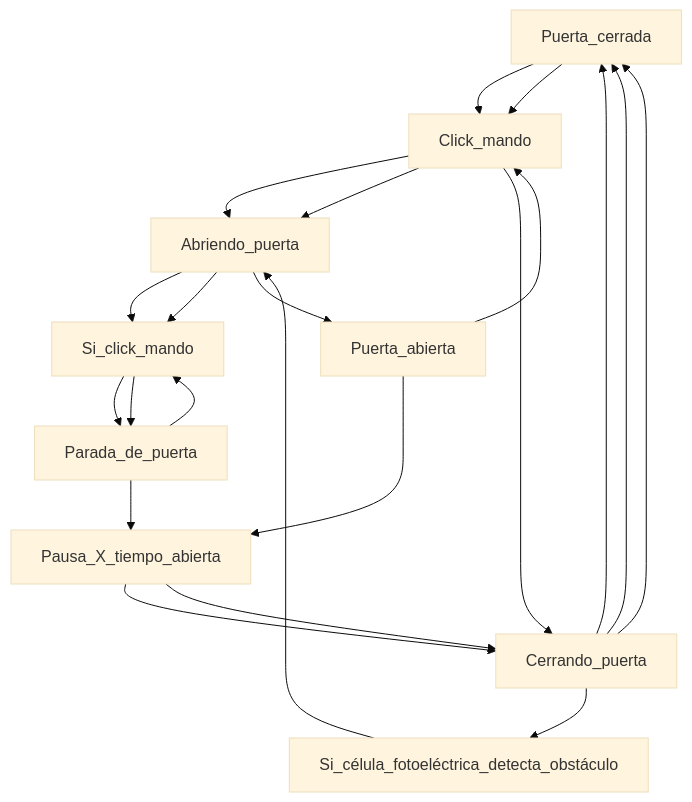
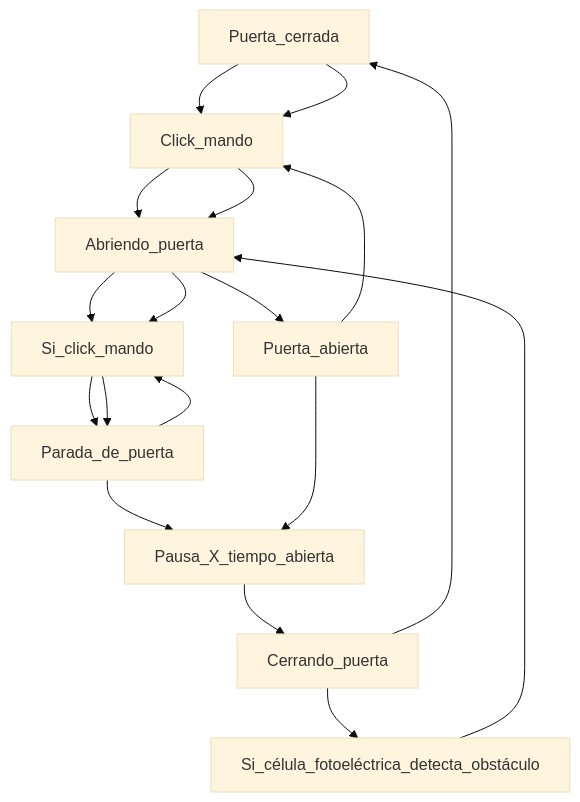
The diagram in README.md (ABarrosoG/sliding-door-garage), drawn with Mermaid (base theme) before and after one commit.

````diff
--- a/README.md
+++ b/README.md
@@ -21,9 +21,9 @@
 ```mermaid
 flowchart TD
     Puerta_cerrada-->Click_mando-->Abriendo_puerta-->Si_click_mando-->Parada_de_puerta-->Pausa_X_tiempo_abierta-->Cerrando_puerta-->Puerta_cerrada;
     Puerta_cerrada-->Click_mando-->Abriendo_puerta-->Si_click_mando-->Parada_de_puerta-->Si_click_mando;
-    Puerta_abierta-->Click_mando-->Cerrando_puerta-->Puerta_cerrada;
-    Puerta_abierta-->Pausa_X_tiempo_abierta-->Cerrando_puerta-->Puerta_cerrada;
+    Puerta_abierta-->Click_mando;
+    Puerta_abierta-->Pausa_X_tiempo_abierta;
     Cerrando_puerta-->Si_célula_fotoeléctrica_detecta_obstáculo-->Abriendo_puerta-->Puerta_abierta;
 
 ```
````
